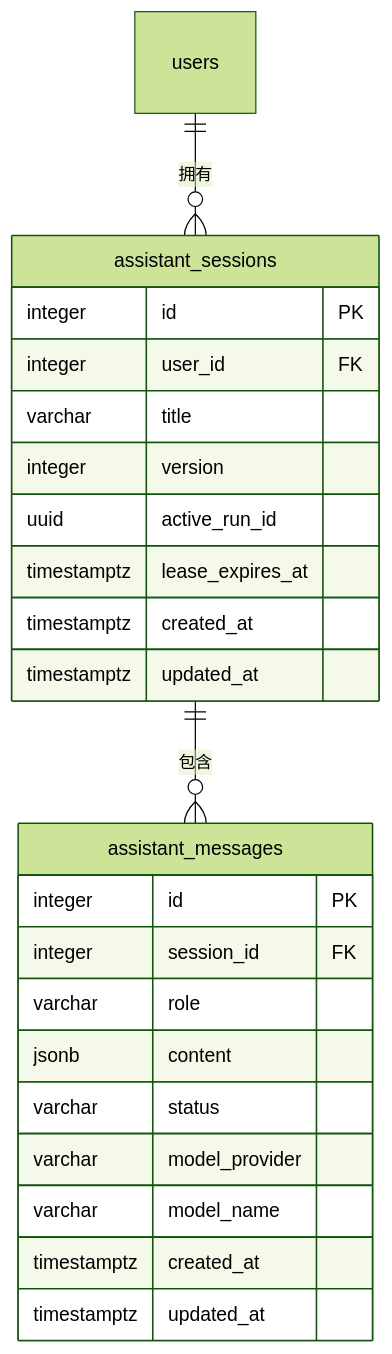
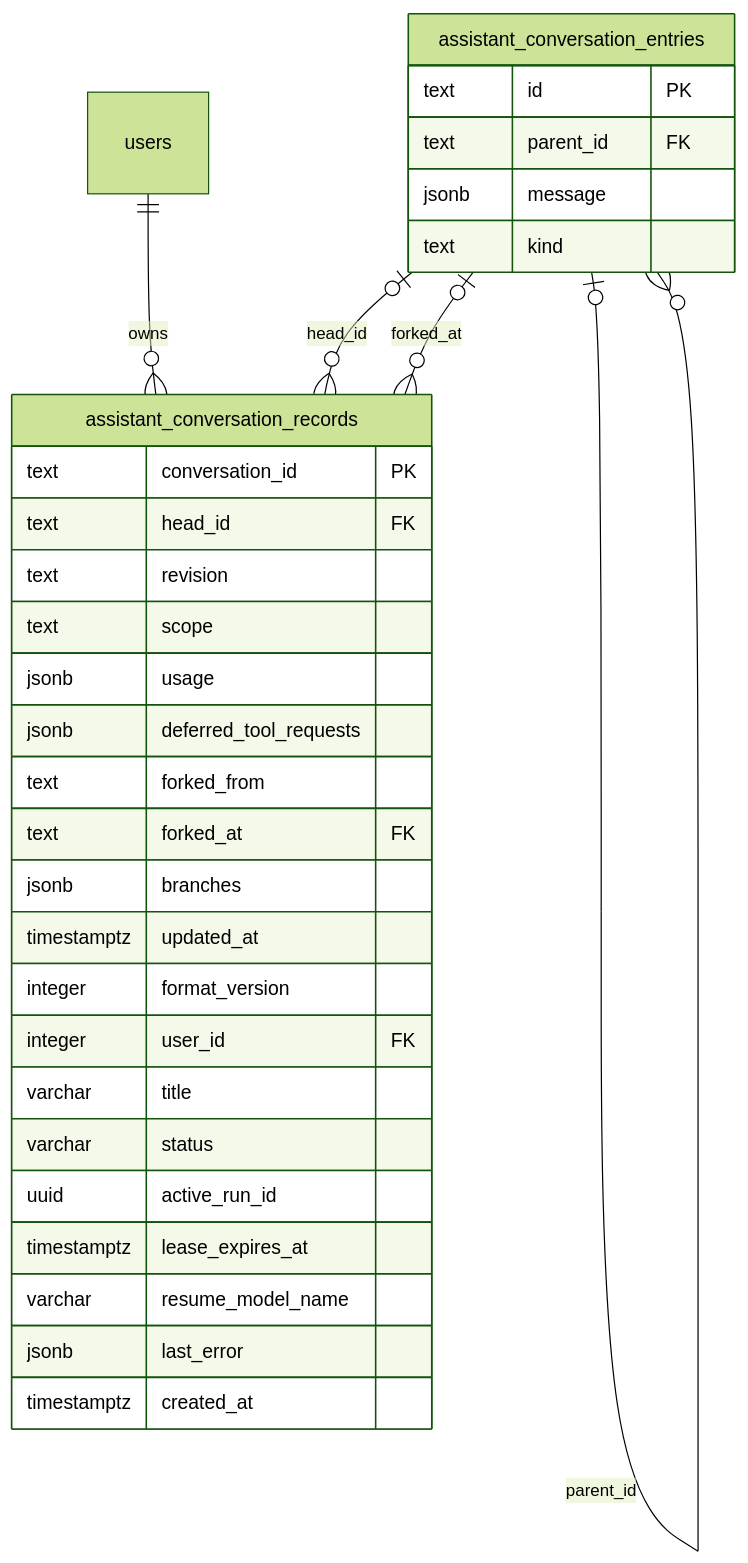
Before and after one commit to qinghuan136/EvalForge: the diagram in docs/Agent会话与消息表设计.md, drawn with Mermaid (forest theme). The commit also changed other lines of this file and 30 other files, not shown here.

````diff
--- a/docs/Agent会话与消息表设计.md
+++ b/docs/Agent会话与消息表设计.md
@@ -5,27 +9,34 @@
 ```mermaid
 erDiagram
-    users ||--o{ assistant_sessions : "拥有"
-    assistant_sessions ||--o{ assistant_messages : "包含"
-
-    assistant_sessions {
-        integer id PK
+    users ||--o{ assistant_conversation_records : owns
+    assistant_conversation_entries o|--o{ assistant_conversation_records : head_id
+    assistant_conversation_entries o|--o{ assistant_conversation_records : forked_at
+    assistant_conversation_entries o|--o{ assistant_conversation_entries : parent_id
+    assistant_conversation_records {
+        text conversation_id PK
+        text head_id FK
+        text revision
+        text scope
+        jsonb usage
+        jsonb deferred_tool_requests
+        text forked_from
+        text forked_at FK
+        jsonb branches
+        timestamptz updated_at
+        integer format_version
         integer user_id FK
         varchar title
-        integer version
+        varchar status
         uuid active_run_id
         timestamptz lease_expires_at
+        varchar resume_model_name
+        jsonb last_error
         timestamptz created_at
-        timestamptz updated_at
     }
-    assistant_messages {
-        integer id PK
-        integer session_id FK
-        varchar role
-        jsonb content
-        varchar status
-        varchar model_provider
-        varchar model_name
-        timestamptz created_at
-        timestamptz updated_at
+    assistant_conversation_entries {
+        text id PK
+        text parent_id FK
+        jsonb message
+        text kind
     }
 ```
````
